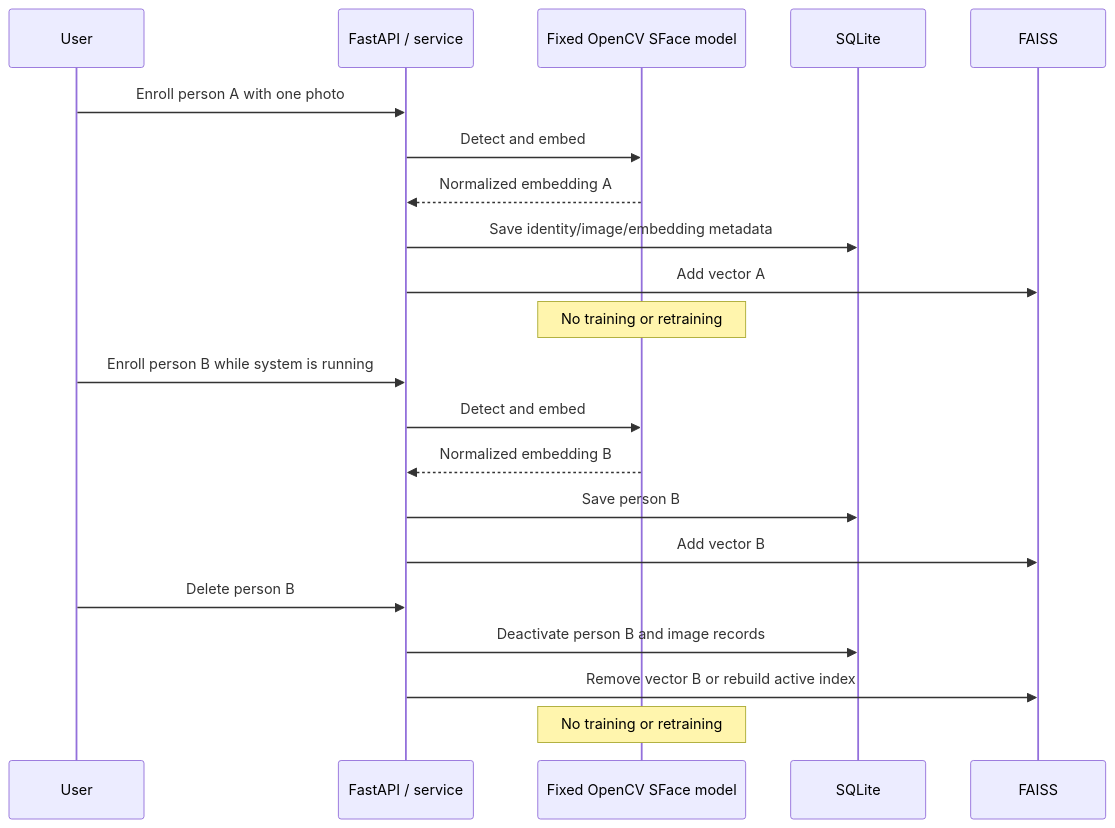
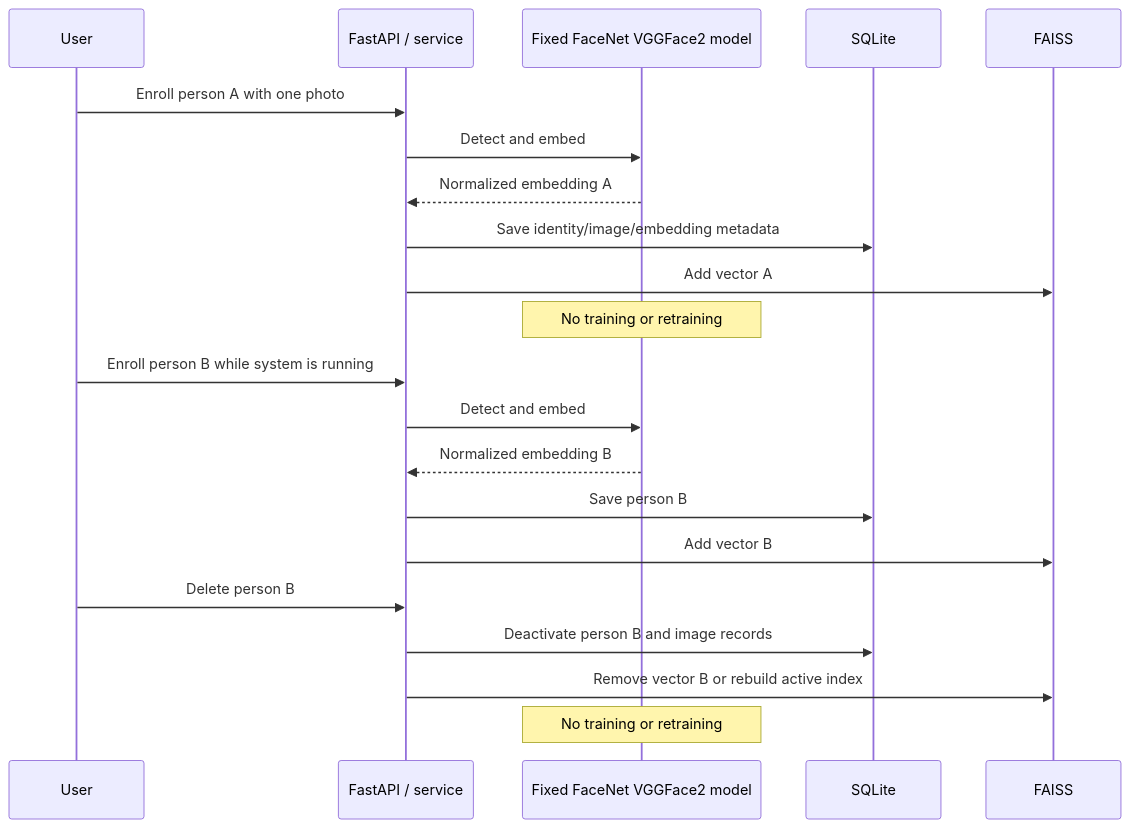
Before and after one commit to Vedulaudayeaswar/faceview: the fifth of 6 diagrams in README.md, drawn with Mermaid. The commit also changed other lines of this file and 15 other files, not shown here.

Commit message:
Replace YuNet SFace pipeline with YOLO FaceNet

````diff
--- a/README.md
+++ b/README.md
@@ -236,26 +242,26 @@
 ```mermaid
 sequenceDiagram
     participant User
     participant Service as FastAPI / service
-    participant Model as Fixed OpenCV SFace model
+    participant Model as Fixed FaceNet VGGFace2 model
     participant DB as SQLite
     participant Index as FAISS
 
     User->>Service: Enroll person A with one photo
     Service->>Model: Detect and embed
     Model-->>Service: Normalized embedding A
     Service->>DB: Save identity/image/embedding metadata
     Service->>Index: Add vector A
     Note over Model: No training or retraining
 
     User->>Service: Enroll person B while system is running
     Service->>Model: Detect and embed
     Model-->>Service: Normalized embedding B
     Service->>DB: Save person B
     Service->>Index: Add vector B
 
     User->>Service: Delete person B
     Service->>DB: Deactivate person B and image records
     Service->>Index: Remove vector B or rebuild active index
     Note over Model: No training or retraining
 ```
````
